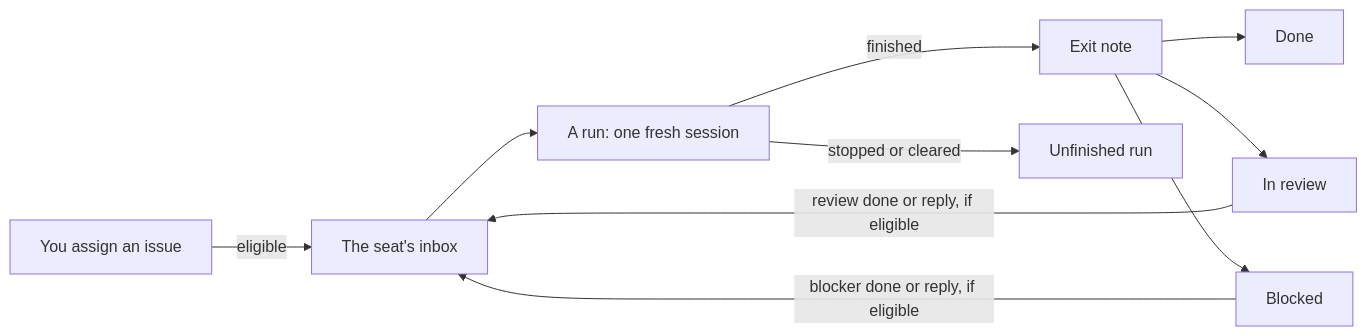
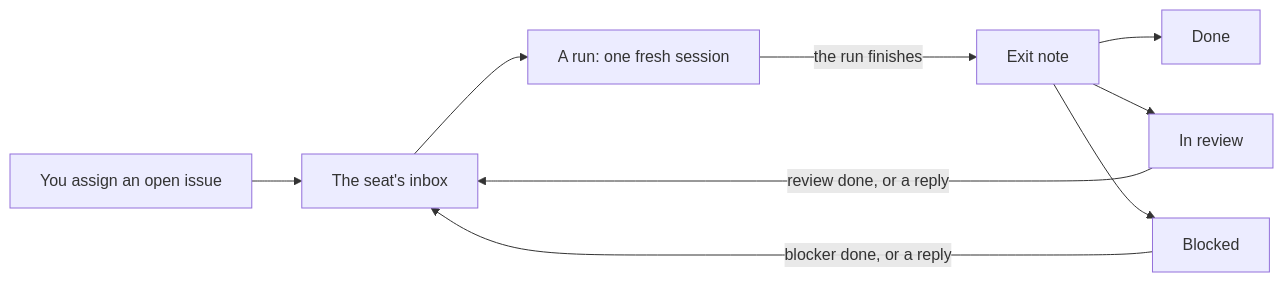
Before and after one commit to Art-of-Technology/collab: the diagram in content/docs/agents/overview.md, drawn with Mermaid. The commit also changed other lines of this file and 2 other files, not shown here.

Commit message:
docs: keep the short seat pages short, and put --once where it works
Review of PR #692: --once goes before the --; a run that stopped before it
finished leaves no note; the release seat is the exception where the
runner closes a run. The qualifiers the pipeline added to the diagrams and
sentences are replaced by plain statements of the usual path and one
sentence that links to the inbox rules.

````diff
--- a/content/docs/agents/overview.md
+++ b/content/docs/agents/overview.md
@@ -15,12 +15,11 @@
 ```mermaid
 flowchart LR
-  A[You assign an issue] -- eligible --> B[The seat's inbox]
+  A[You assign an open issue] --> B[The seat's inbox]
   B --> C[A run: one fresh session]
-  C -- finished --> D[Exit note]
-  C -- stopped or cleared --> H[Unfinished run]
+  C -- the run finishes --> D[Exit note]
   D --> E[Done]
   D --> F[In review]
   D --> G[Blocked]
-  F -- review done or reply, if eligible --> B
-  G -- blocker done or reply, if eligible --> B
+  F -- review done, or a reply --> B
+  G -- blocker done, or a reply --> B
 ```
````
